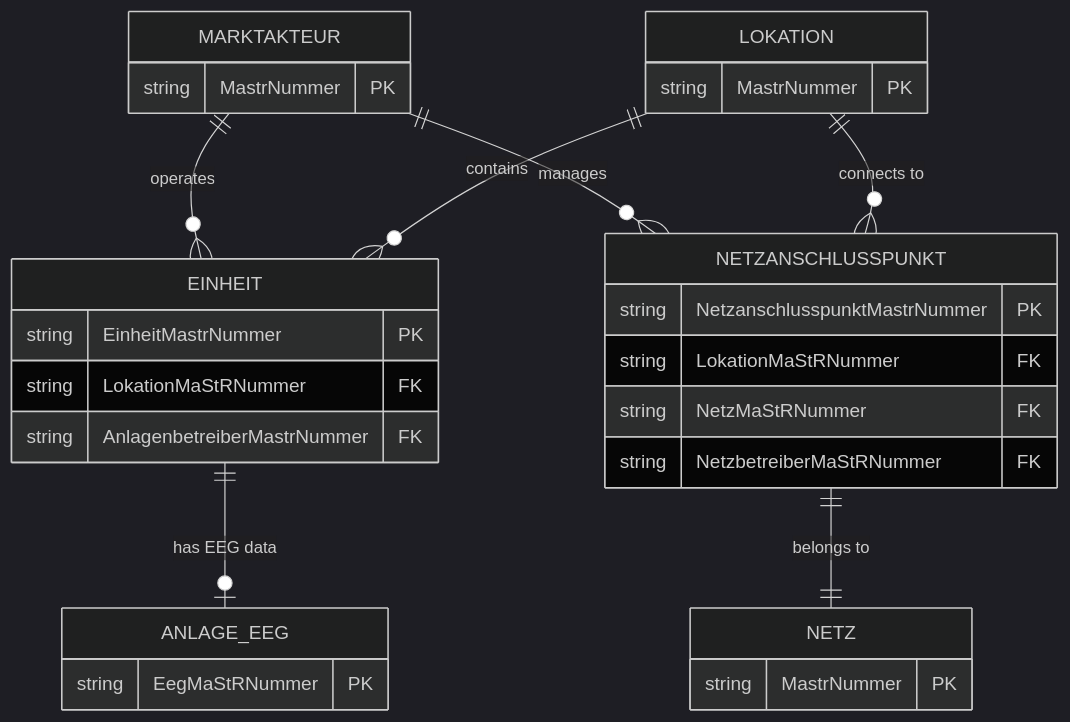
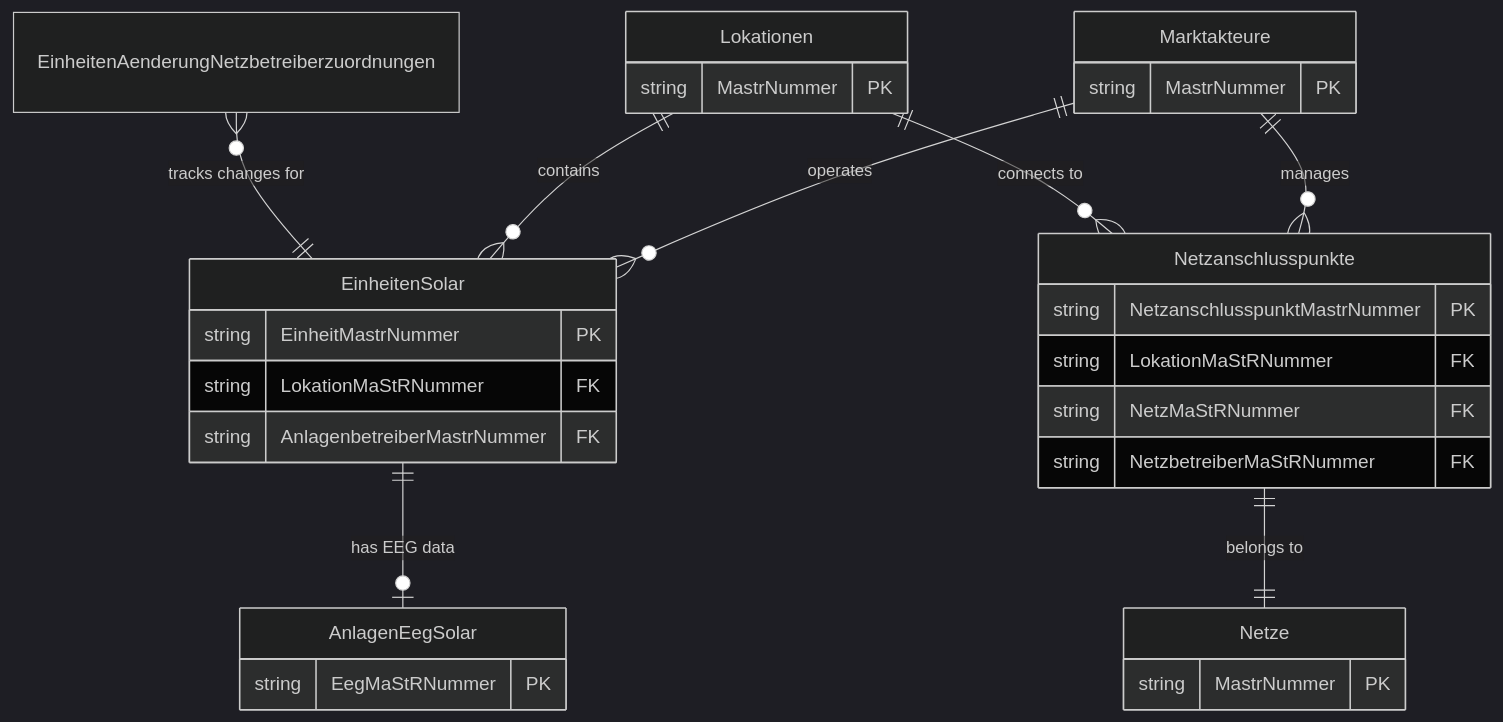
One commit to zavalit/mastRpiece changed the first of 5 diagrams in docs/data-relationships.md. Above: the diagram before and after it, drawn with Mermaid (dark theme). The commit also changed other lines of this file, not shown here.

````diff
--- a/docs/data-relationships.md
+++ b/docs/data-relationships.md
@@ -9,33 +12,34 @@
 ```mermaid
 erDiagram
-    MARKTAKTEUR ||--o{ EINHEIT : operates
-    MARKTAKTEUR ||--o{ NETZANSCHLUSSPUNKT : manages
-    LOKATION ||--o{ EINHEIT : "contains"
-    LOKATION ||--o{ NETZANSCHLUSSPUNKT : "connects to"
-    NETZANSCHLUSSPUNKT ||--|| NETZ : "belongs to"
-    EINHEIT ||--o| ANLAGE_EEG : "has EEG data"
+    Marktakteure ||--o{ EinheitenSolar : operates
+    Marktakteure ||--o{ Netzanschlusspunkte : manages
+    Lokationen ||--o{ EinheitenSolar : "contains"
+    Lokationen ||--o{ Netzanschlusspunkte : "connects to"
+    Netzanschlusspunkte ||--|| Netze : "belongs to"
+    EinheitenSolar ||--o| AnlagenEegSolar : "has EEG data"
+    EinheitenAenderungNetzbetreiberzuordnungen }o--|| EinheitenSolar : "tracks changes for"
 
-    EINHEIT {
+    EinheitenSolar {
         string EinheitMastrNummer PK
         string LokationMaStRNummer FK
         string AnlagenbetreiberMastrNummer FK
     }
-    LOKATION {
+    Lokationen {
         string MastrNummer PK
     }
-    MARKTAKTEUR {
+    Marktakteure {
         string MastrNummer PK
     }
-    NETZANSCHLUSSPUNKT {
+    Netzanschlusspunkte {
         string NetzanschlusspunktMastrNummer PK
         string LokationMaStRNummer FK
         string NetzMaStRNummer FK
         string NetzbetreiberMaStRNummer FK
     }
-    NETZ {
+    Netze {
         string MastrNummer PK
     }
-    ANLAGE_EEG {
+    AnlagenEegSolar {
         string EegMaStRNummer PK
     }
 ```
````
